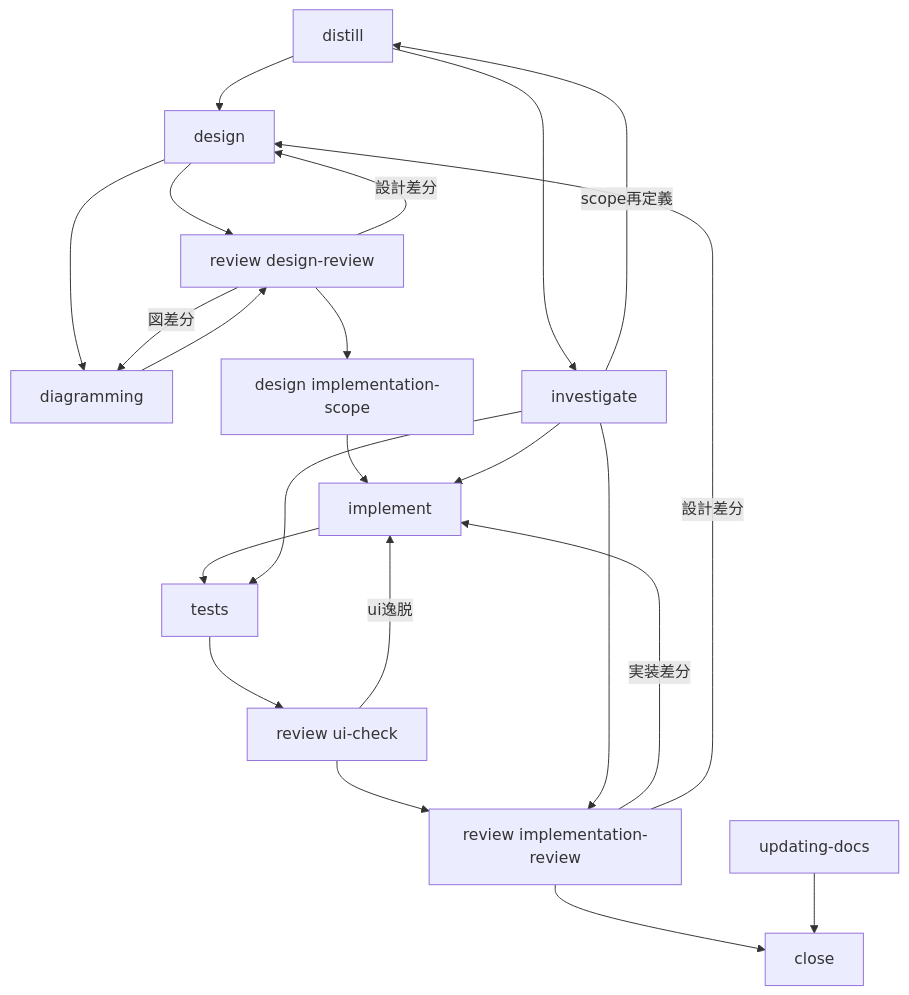
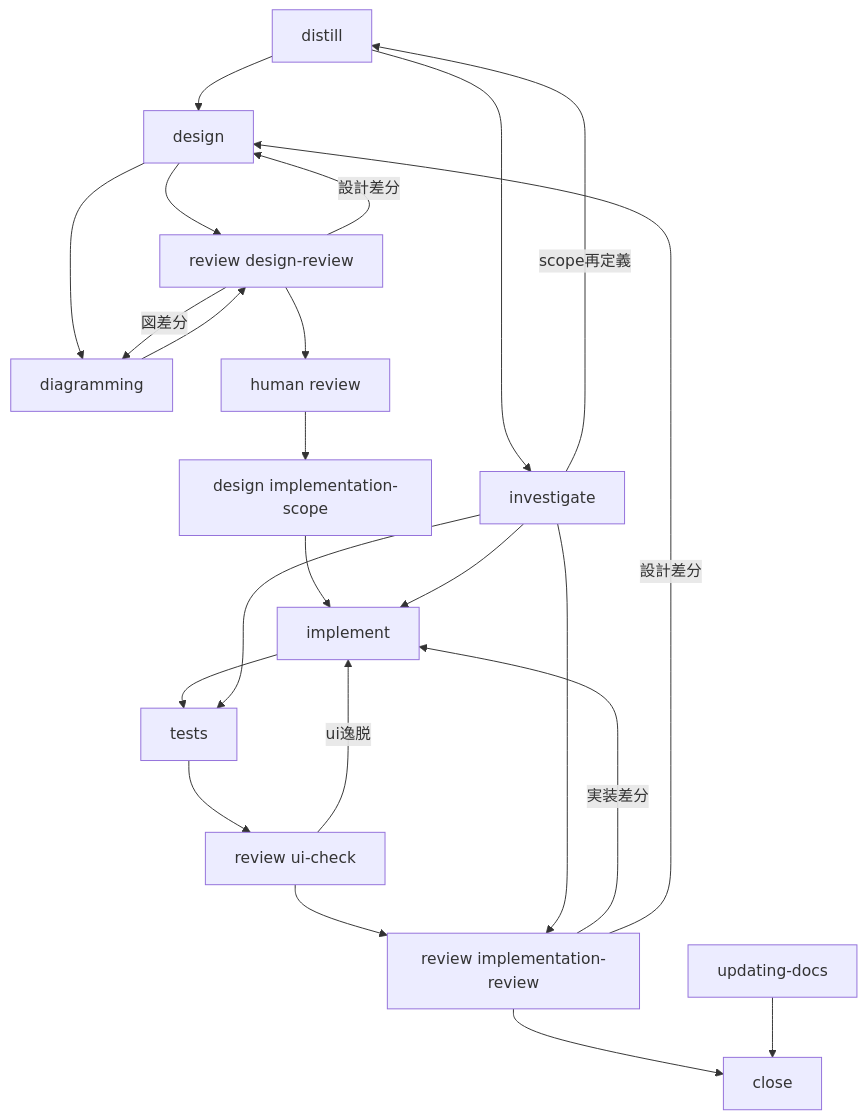
Before and after one commit to ishibata91/AITranslationEngineJP: the diagram in .codex/workflow.md, drawn with Mermaid. The commit also changed other lines of this file and 39 other files, not shown here.

````diff
--- a/.codex/workflow.md
+++ b/.codex/workflow.md
@@ -6,29 +6,30 @@
 ```mermaid
 flowchart TD
     A[distill]
     B[design]
     C[diagramming]
     D[implement]
     E[tests]
     F[review design-review]
     G[review ui-check]
     H[review implementation-review]
     I[investigate]
     K[updating-docs]
     J[close]
 
     A --> B --> F
     B --> C --> F
-    F --> L[design implementation-scope]
-    L --> D --> E --> G --> H --> J
+    F --> L[human review]
+    L --> M[design implementation-scope]
+    M --> D --> E --> G --> H --> J
     A --> I --> D
     I --> E
     I --> H
     G -- ui逸脱 --> D
     H -- 実装差分 --> D
     H -- 設計差分 --> B
     F -- 設計差分 --> B
     F -- 図差分 --> C
     I -- scope再定義 --> A
     K --> J
 ```
````
